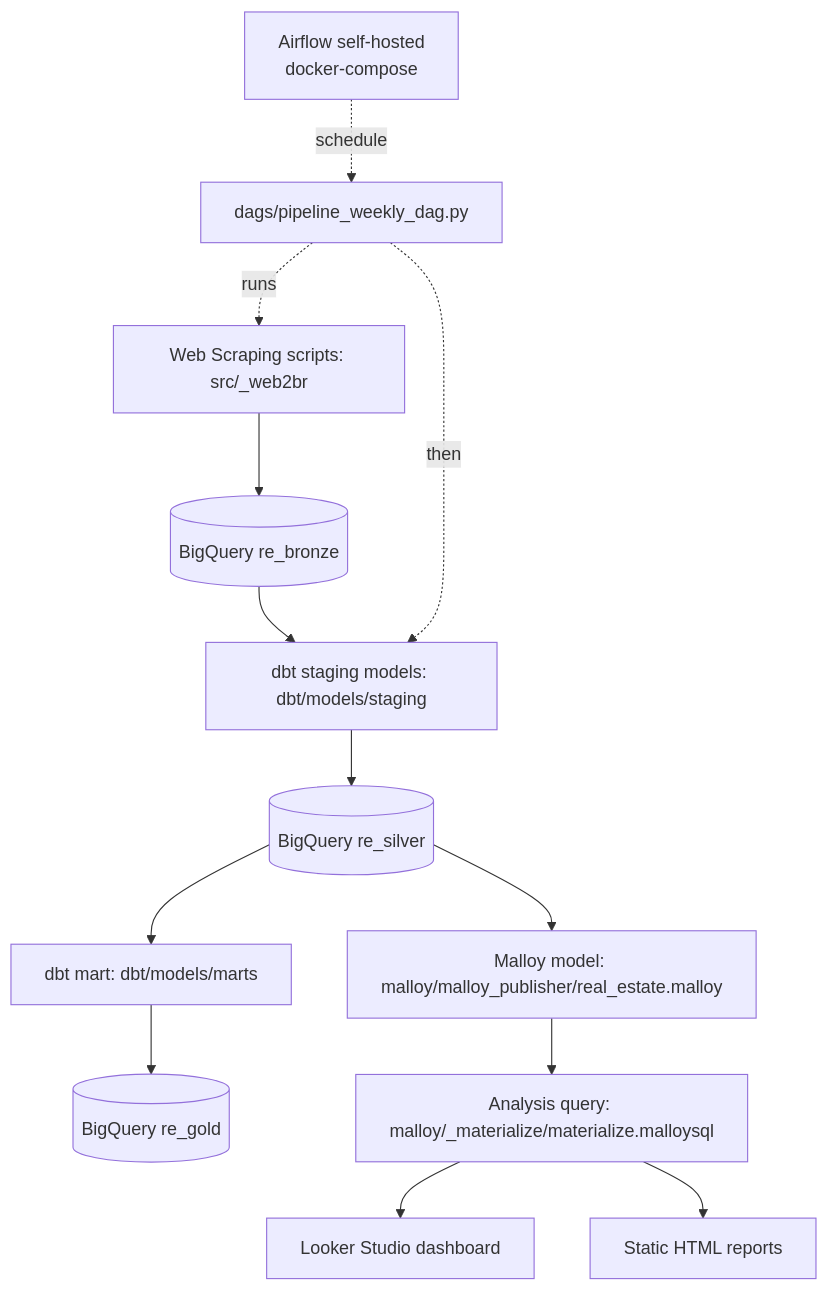
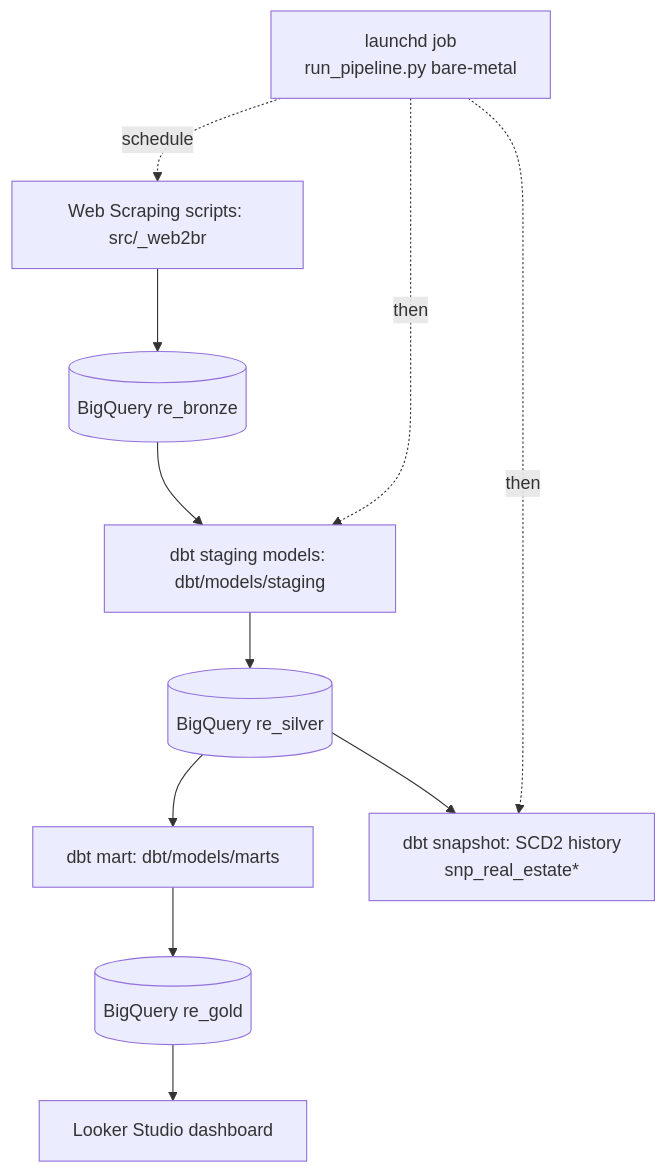
The diagram in README.md (DataSpi/scrape-batdongsan-data), drawn with Mermaid before and after one commit. The commit also changed other lines of this file and 14 other files, not shown here.

First line of the commit message:
feat: launchd bare-metal scheduling + SCD2/CDC history for listings

````diff
--- a/README.md
+++ b/README.md
@@ -22,17 +25,15 @@
 ```mermaid
 graph TD
   A[Web Scraping scripts: src/_web2br] --> B[(BigQuery re_bronze)]
   B --> C[dbt staging models: dbt/models/staging]
   C --> D[(BigQuery re_silver)]
   D --> K[dbt mart: dbt/models/marts]
   K --> L[(BigQuery re_gold)]
+  L --> H[Looker Studio dashboard]
 
-  D --> E[Malloy model: malloy/malloy_publisher/real_estate.malloy]
-  E --> G[Analysis query: malloy/_materialize/materialize.malloysql]
-  G --> H[Looker Studio dashboard]
-  G --> I[Static HTML reports]
+  D --> S[dbt snapshot: SCD2 history<br/>snp_real_estate*]
 
-  J[Airflow self-hosted<br/>docker-compose] -. schedule .-> M[dags/pipeline_weekly_dag.py]
-  M -. runs .-> A
-  M -. then .-> C
+  J[launchd job<br/>run_pipeline.py bare-metal] -. schedule .-> A
+  J -. then .-> C
+  J -. then .-> S
 ```
````
